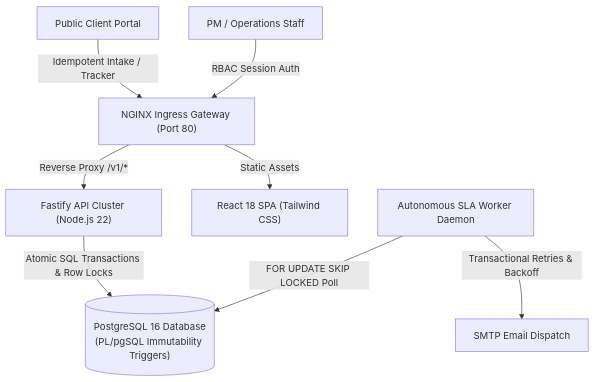
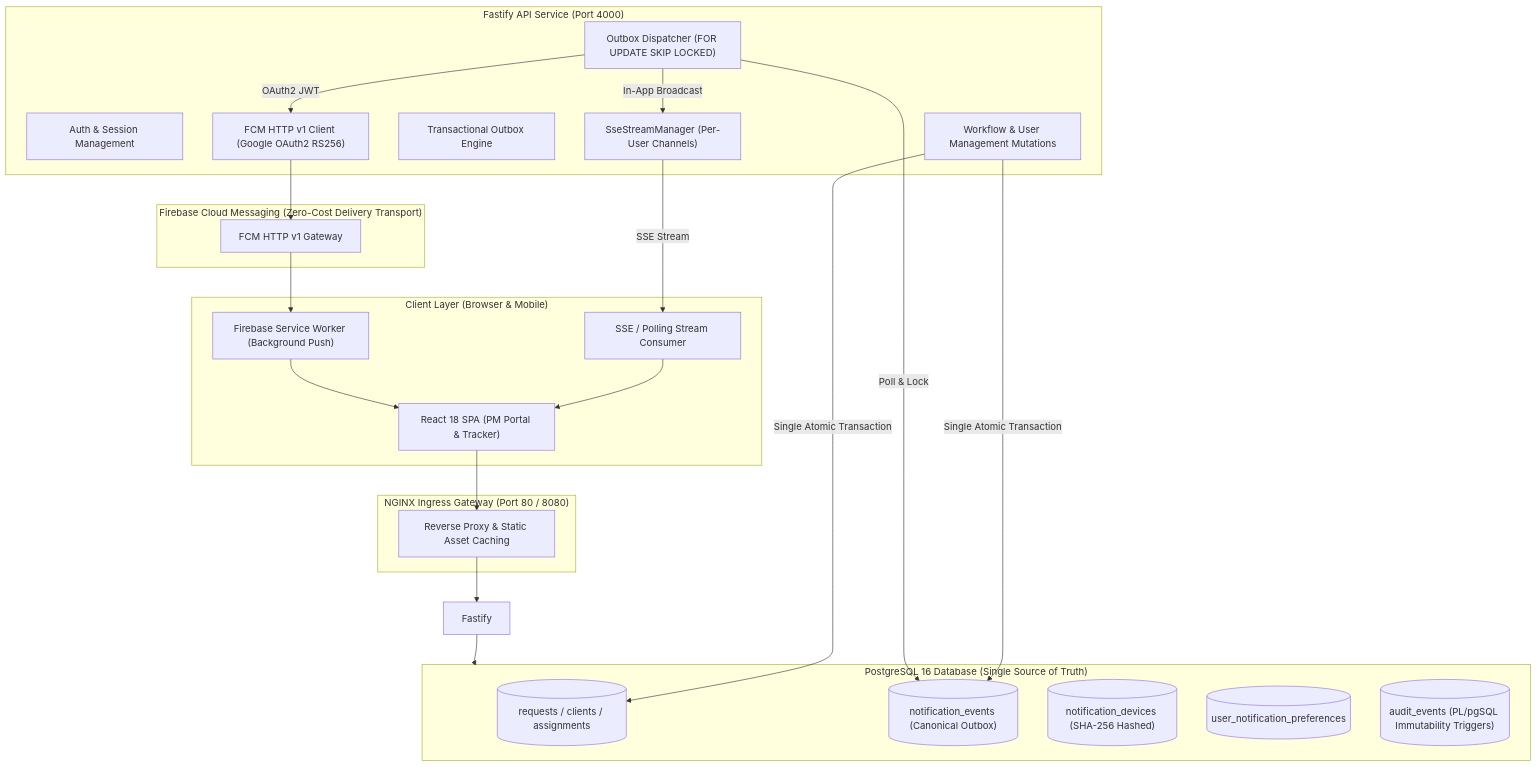
One commit to sudhir-kumar77/Ticket-Escalation-System changed the diagram in README.md. Above: the diagram before and after it, drawn with Mermaid. The commit also changed other lines of this file and 51 other files, not shown here.

First line of the commit message:
feat(core): enterprise notification engine, complexity optimizations & release candidate hardening

````diff
--- a/README.md
+++ b/README.md
@@ -36,13 +38,48 @@
 ```mermaid
-graph TD
-    Client["Public Client Portal"] -->|Idempotent Intake / Tracker| Nginx["NGINX Ingress Gateway (Port 80)"]
-    Staff["PM / Operations Staff"] -->|RBAC Session Auth| Nginx
-    
-    Nginx -->|Reverse Proxy /v1/*| Fastify["Fastify API Cluster (Node.js 22)"]
-    Nginx -->|Static Assets| ReactSPA["React 18 SPA (Tailwind CSS)"]
-    
-    Fastify -->|Atomic SQL Transactions & Row Locks| Postgres[("PostgreSQL 16 Database\n(PL/pgSQL Immutability Triggers)")]
-    
-    Worker["Autonomous SLA Worker Daemon"] -->|FOR UPDATE SKIP LOCKED Poll| Postgres
-    Worker -->|Transactional Retries & Backoff| MailServer["SMTP Email Dispatch"]
+flowchart TD
+    subgraph Client ["Client Layer (Browser & Mobile)"]
+        UI["React 18 SPA (PM Portal & Tracker)"]
+        SW["Firebase Service Worker (Background Push)"]
+        SSE_C["SSE / Polling Stream Consumer"]
+    end
+
+    subgraph Gateway ["NGINX Ingress Gateway (Port 80 / 8080)"]
+        NGX["Reverse Proxy & Static Asset Caching"]
+    end
+
+    subgraph API ["Fastify API Service (Port 4000)"]
+        AUTH["Auth & Session Management"]
+        MUT["Workflow & User Management Mutations"]
+        OUTBOX["Transactional Outbox Engine"]
+        DISP["Outbox Dispatcher (FOR UPDATE SKIP LOCKED)"]
+        SSE_M["SseStreamManager (Per-User Channels)"]
+        FCM_C["FCM HTTP v1 Client (Google OAuth2 RS256)"]
+    end
+
+    subgraph DB ["PostgreSQL 16 Database (Single Source of Truth)"]
+        T_REQ[("requests / clients / assignments")]
+        T_EVT[("notification_events (Canonical Outbox)")]
+        T_DEV[("notification_devices (SHA-256 Hashed)")]
+        T_PRF[("user_notification_preferences")]
+        T_AUD[("audit_events (PL/pgSQL Immutability Triggers)")]
+    end
+
+    subgraph Google ["Firebase Cloud Messaging (Zero-Cost Delivery Transport)"]
+        FCM_API["FCM HTTP v1 Gateway"]
+    end
+
+    %% Flow connections
+    UI --> NGX
+    NGX --> Fastify
+    Fastify --> DB
+    MUT -->|Single Atomic Transaction| T_REQ
+    MUT -->|Single Atomic Transaction| T_EVT
+    DISP -->|Poll & Lock| T_EVT
+    DISP -->|In-App Broadcast| SSE_M
+    SSE_M -->|SSE Stream| SSE_C
+    SSE_C --> UI
+    DISP -->|OAuth2 JWT| FCM_C
+    FCM_C --> FCM_API
+    FCM_API --> SW
+    SW --> UI
 ```
````
